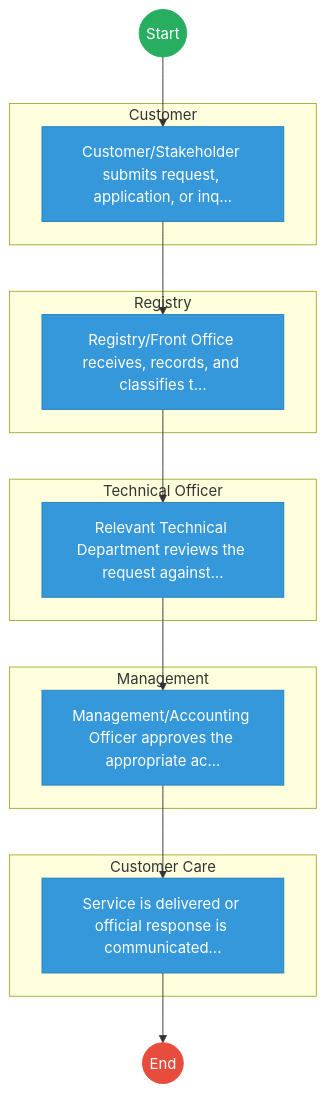
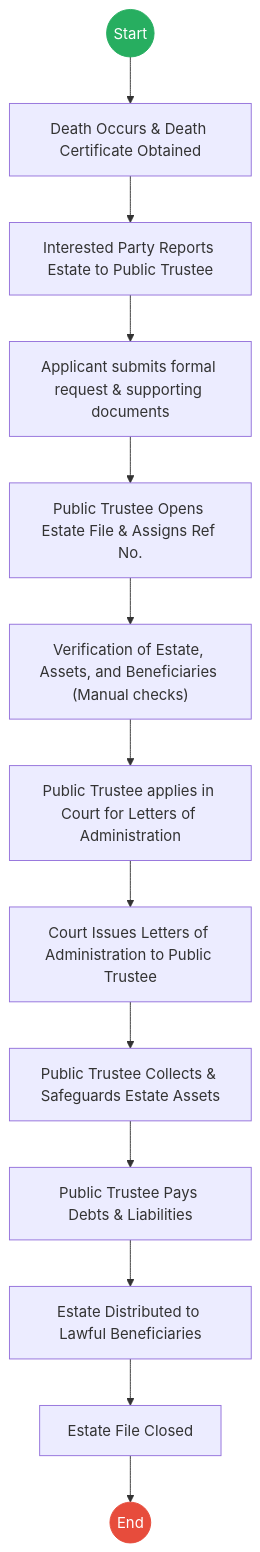
The first of 2 diagrams in mdas/docs_final/OFFICE_OF_THE_ATTORNEY_GENERAL_AG____Service_Delivery.md (BITZ-IT-Consulting-LTD/ictapoc), drawn with Mermaid before and after one commit. The commit also changed other lines of this file and 4 other files, not shown here.

````diff
--- a/mdas/docs_final/OFFICE_OF_THE_ATTORNEY_GENERAL_AG____Service_Delivery.md
+++ b/mdas/docs_final/OFFICE_OF_THE_ATTORNEY_GENERAL_AG____Service_Delivery.md
@@ -20,38 +20,20 @@
 ```mermaid
 graph TD
     Start((Start)) --> S1
-
-    subgraph Customer [Customer]
-        S1["Customer/Stakeholder submits request, application, or inq..."]
-    end
-
-    subgraph Registry [Registry]
-        S2["Registry/Front Office receives, records, and classifies t..."]
-    end
-
-    subgraph Technical_Officer [Technical Officer]
-        S3["Relevant Technical Department reviews the request against..."]
-    end
-
-    subgraph Management [Management]
-        S4["Management/Accounting Officer approves the appropriate ac..."]
-    end
-
-    subgraph Customer_Care [Customer Care]
-        S5["Service is delivered or official response is communicated..."]
-    end
-    S1 --> S2
-    S2 --> S3
-    S3 --> S4
-    S4 --> S5
-    S5 --> End((End))
+    S1["Death Occurs & Death Certificate Obtained"] --> S2
+    S2["Interested Party Reports Estate to Public Trustee"] --> S3
+    S3["Applicant submits formal request & supporting documents"] --> S4
+    S4["Public Trustee Opens Estate File & Assigns Ref No."] --> S5
+    S5["Verification of Estate, Assets, and Beneficiaries (Manual checks)"] --> S6
+    S6["Public Trustee applies in Court for Letters of Administration"] --> S7
+    S7["Court Issues Letters of Administration to Public Trustee"] --> S8
+    S8["Public Trustee Collects & Safeguards Estate Assets"] --> S9
+    S9["Public Trustee Pays Debts & Liabilities"] --> S10
+    S10["Estate Distributed to Lawful Beneficiaries"] --> S11
+    S11["Estate File Closed"] --> End((End))
 
     classDef start fill:#27ae60,stroke:#27ae60,color:#fff;
     classDef endNode fill:#e74c3c,stroke:#e74c3c,color:#fff;
-    classDef userTask fill:#3498db,stroke:#2980b9,color:#fff;
-    classDef serviceTask fill:#9b59b6,stroke:#8e44ad,color:#fff;
-
     class Start start;
     class End endNode;
-    class S1,S2,S3,S4,S5 userTask;
 ```
````
